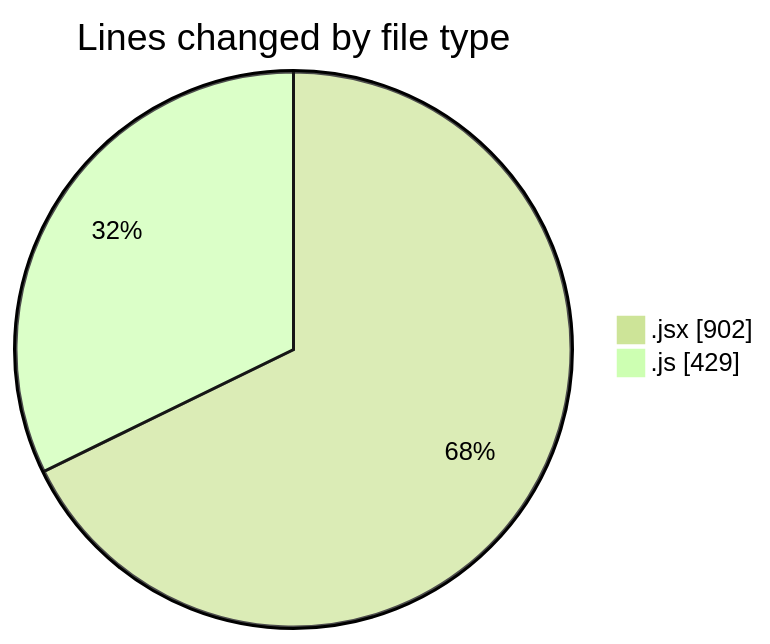
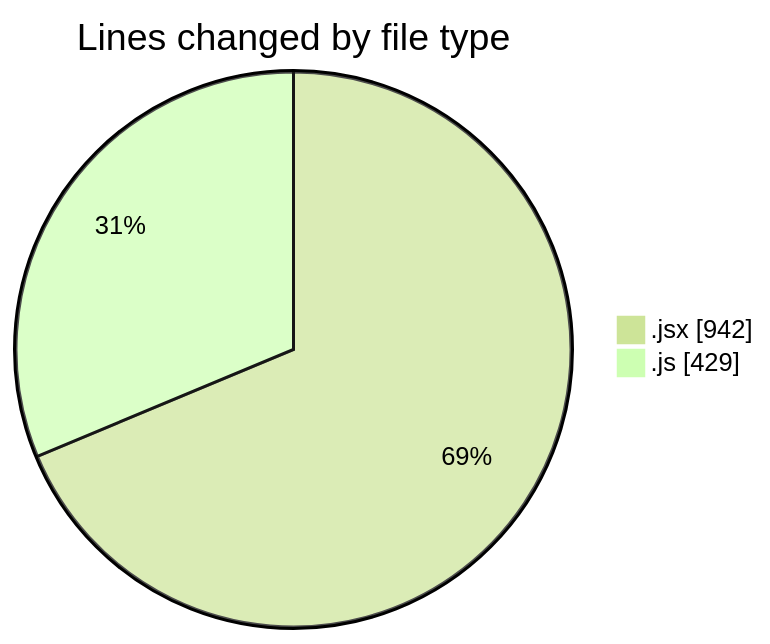
Before and after one commit to nxtqubesakshisongat/code-tracking: the first of 2 diagrams in 2025-06-03/nxtqube_webapp/README.md, drawn with Mermaid (forest theme). The commit also changed other lines of this file and 1 other file, not shown here.

````diff
--- a/2025-06-03/nxtqube_webapp/README.md
+++ b/2025-06-03/nxtqube_webapp/README.md
@@ -21,6 +21,6 @@
 ```mermaid
 pie showData
 title Lines changed by file type
-".jsx" : 902
+".jsx" : 942
 ".js" : 429
 ```
````
